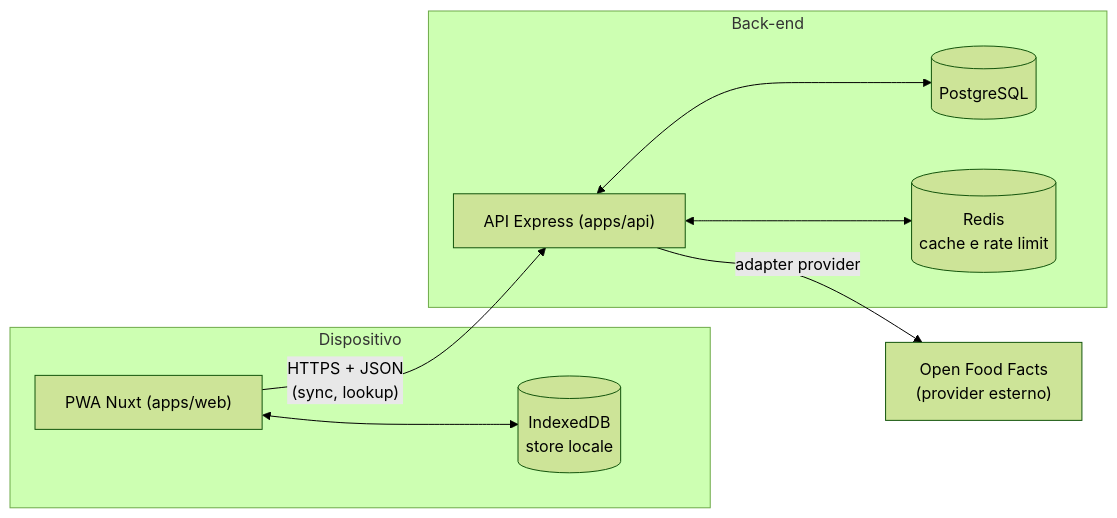
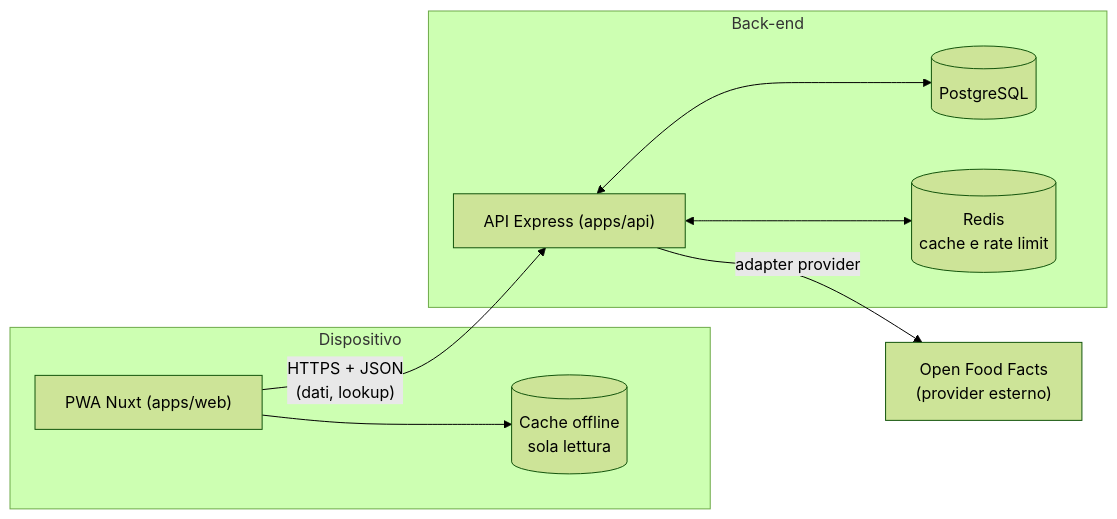
The diagram in docs/wiki/progetto/architettura.md (Micheledinocera/calories-diary), drawn with Mermaid (forest theme) before and after one commit. The commit also changed other lines of this file and 14 other files, not shown here.

Commit message:
docs: niente sync, server come fonte di verità e cache offline in analisi (#7)

````diff
--- a/docs/wiki/progetto/architettura.md
+++ b/docs/wiki/progetto/architettura.md
@@ -17,18 +18,18 @@
 ```mermaid
 flowchart LR
   subgraph Dispositivo
     PWA["PWA Nuxt (apps/web)"]
-    IDB[("IndexedDB<br/>store locale")]
-    PWA <--> IDB
+    CACHE[("Cache offline<br/>sola lettura")]
+    PWA --> CACHE
   end
   subgraph Back-end
     API["API Express (apps/api)"]
     PG[("PostgreSQL")]
     RD[("Redis<br/>cache e rate limit")]
     API <--> PG
     API <--> RD
   end
   OFF["Open Food Facts<br/>(provider esterno)"]
-  PWA -- "HTTPS + JSON<br/>(sync, lookup)" --> API
+  PWA -- "HTTPS + JSON<br/>(dati, lookup)" --> API
   API -- "adapter provider" --> OFF
 ```
````
